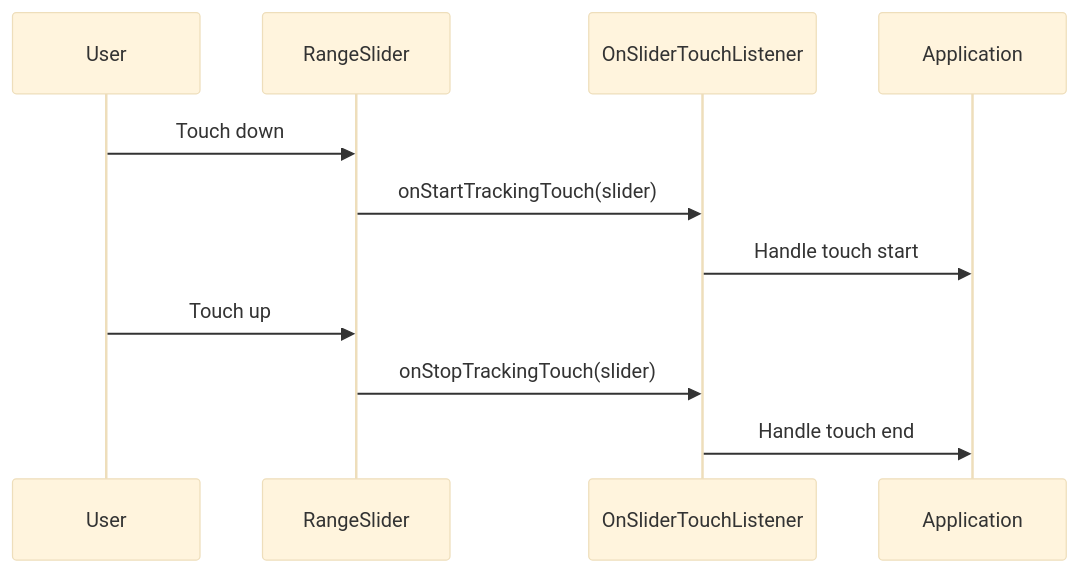
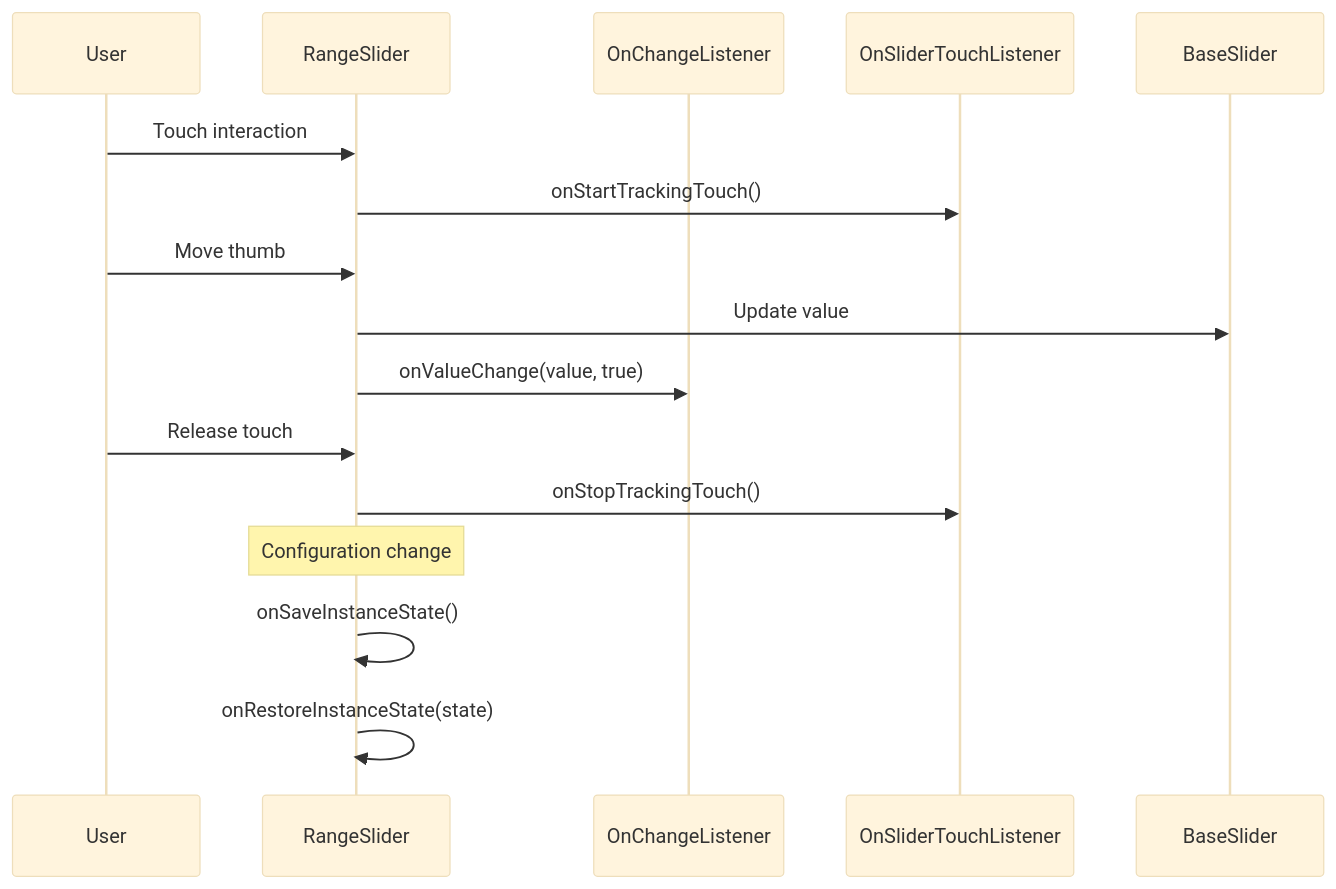
One commit to FSoft-AI4Code/codewiki-demo changed the second of 4 diagrams in docs/material-components--material-components-android-docs/range-slider.md. Above: the diagram before and after it, drawn with Mermaid (base theme). The commit also changed other lines of this file and 1103 other files, not shown here.

````diff
--- a/docs/material-components--material-components-android-docs/range-slider.md
+++ b/docs/material-components--material-components-android-docs/range-slider.md
@@ -102,14 +92,22 @@
 ```mermaid
 sequenceDiagram
     participant User
     participant RangeSlider
+    participant OnChangeListener
     participant OnSliderTouchListener
-    participant Application
+    participant BaseSlider
     
-    User->>RangeSlider: Touch down
-    RangeSlider->>OnSliderTouchListener: onStartTrackingTouch(slider)
-    OnSliderTouchListener->>Application: Handle touch start
-    User->>RangeSlider: Touch up
-    RangeSlider->>OnSliderTouchListener: onStopTrackingTouch(slider)
-    OnSliderTouchListener->>Application: Handle touch end
+    User->>RangeSlider: Touch interaction
+    RangeSlider->>OnSliderTouchListener: onStartTrackingTouch()
+    
+    User->>RangeSlider: Move thumb
+    RangeSlider->>BaseSlider: Update value
+    RangeSlider->>OnChangeListener: onValueChange(value, true)
+    
+    User->>RangeSlider: Release touch
+    RangeSlider->>OnSliderTouchListener: onStopTrackingTouch()
+    
+    Note over RangeSlider: Configuration change
+    RangeSlider->>RangeSlider: onSaveInstanceState()
+    RangeSlider->>RangeSlider: onRestoreInstanceState(state)
 ```
````
